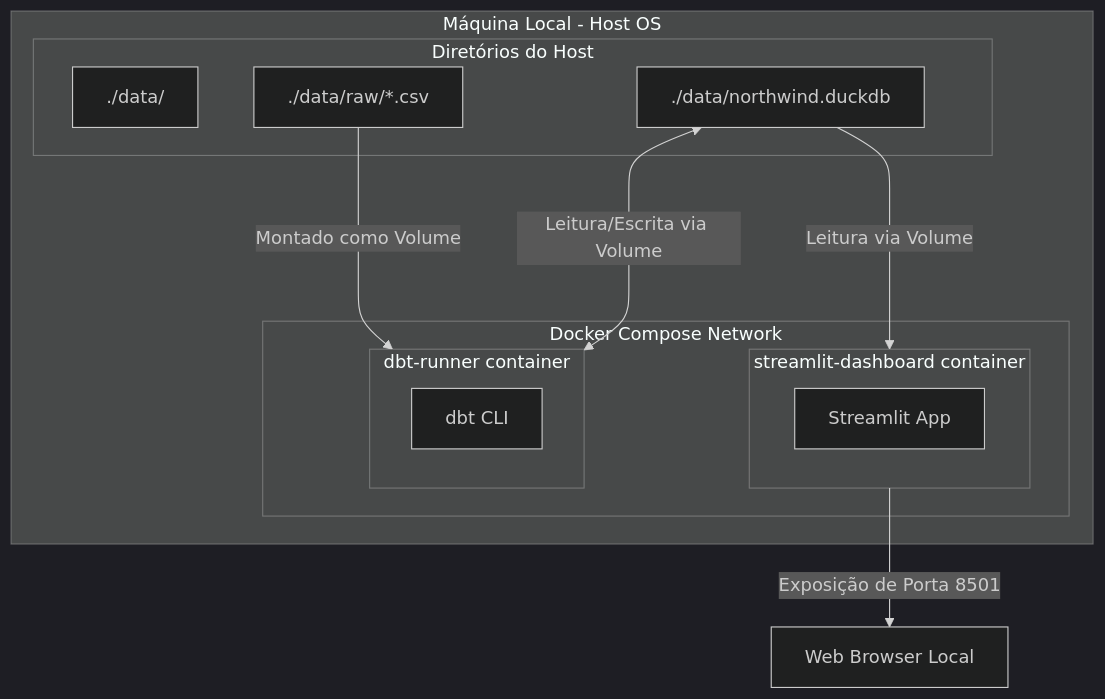
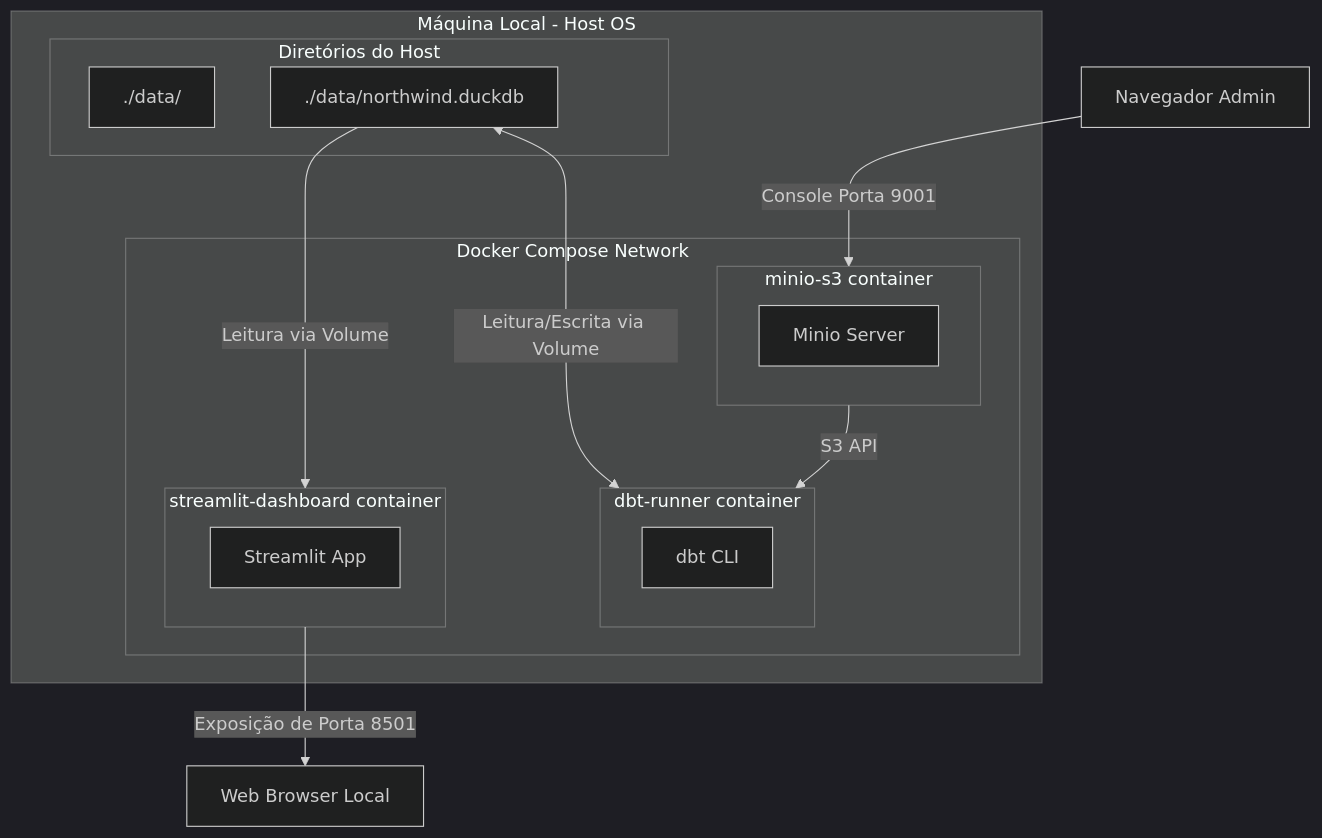
The third of 3 diagrams in documents/03_architecture.md (VitorPaes/sre-herluvina), drawn with Mermaid (dark theme) before and after one commit. The commit also changed other lines of this file and 3 other files, not shown here.

````diff
--- a/documents/03_architecture.md
+++ b/documents/03_architecture.md
@@ -92,25 +95,29 @@
 ```mermaid
 graph TD
     subgraph Host Machine [Máquina Local - Host OS]
         subgraph Host Directories [Diretórios do Host]
             DIR_DATA[./data/]
-            DIR_RAW[./data/raw/*.csv]
             DIR_DB[./data/northwind.duckdb]
         end
         
         subgraph Docker Compose Network
+            subgraph container_minio [minio-s3 container]
+                minio_srv[Minio Server]
+            end
+
             subgraph container_dbt [dbt-runner container]
                 dbt_exec[dbt CLI]
             end
             
             subgraph container_streamlit [streamlit-dashboard container]
                 streamlit_exec[Streamlit App]
             end
         end
     end
     
-    DIR_RAW -->|Montado como Volume| container_dbt
+    container_minio -->|S3 API| container_dbt
     DIR_DB <-->|Leitura/Escrita via Volume| container_dbt
     DIR_DB --->|Leitura via Volume| container_streamlit
     container_streamlit -->|Exposição de Porta 8501| Browser[Web Browser Local]
+    BrowserAdmin[Navegador Admin] -->|Console Porta 9001| container_minio
 ```
````
